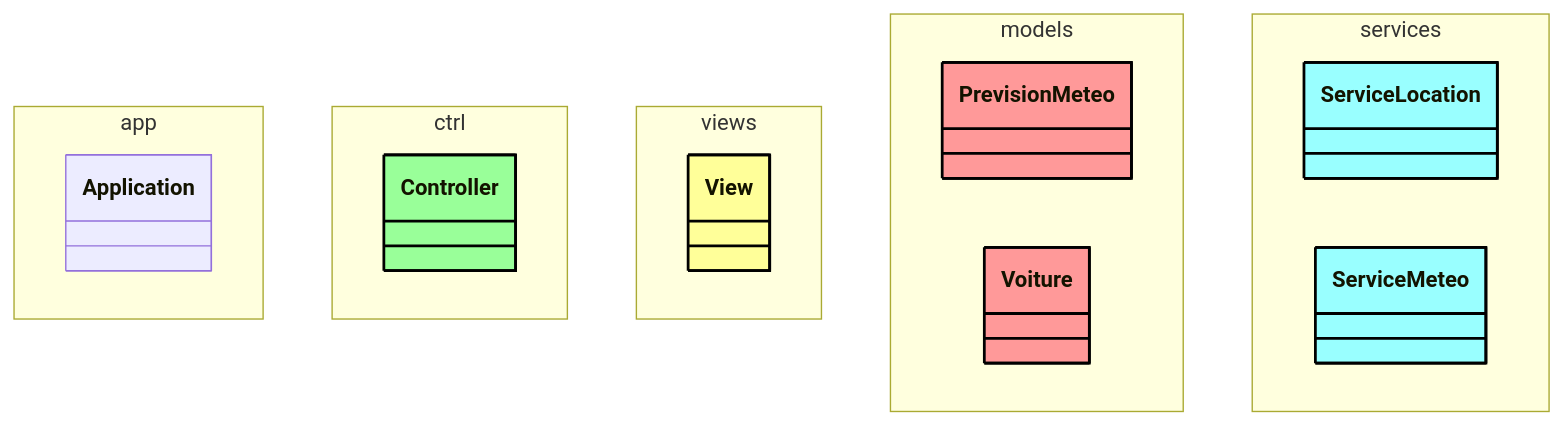
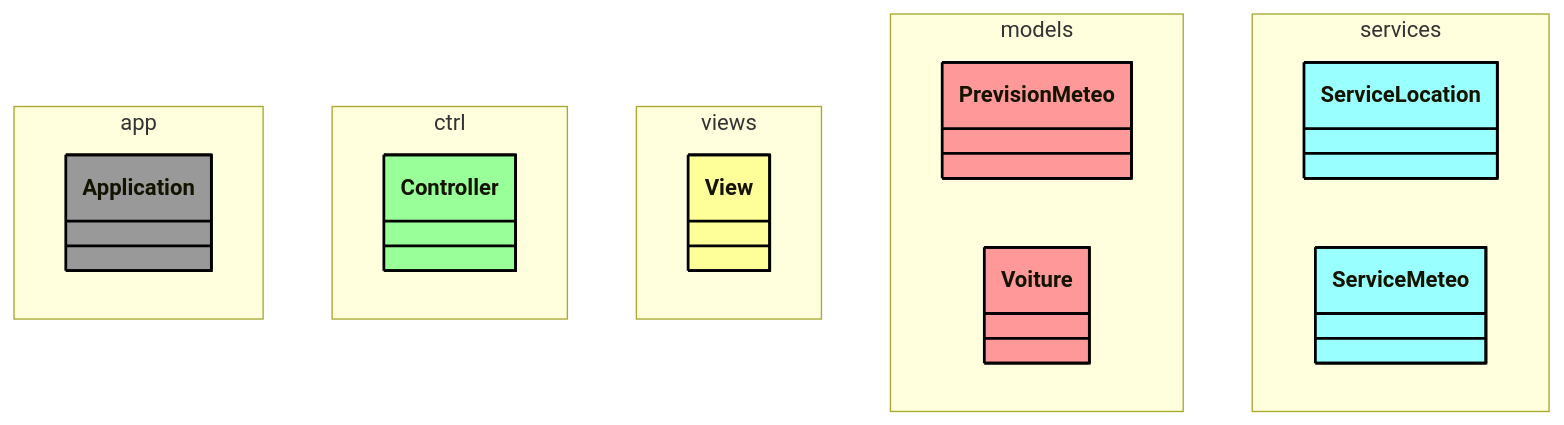
The first of 2 diagrams in README.md (emf-info/MVC_FXML_D400_JDK17LTS), drawn with Mermaid before and after one commit. The commit also changed other lines of this file, not shown here.

Commit message:
Update styles in README for application components

````diff
--- a/README.md
+++ b/README.md
@@ -43,26 +43,27 @@
 ```mermaid
 classDiagram
 namespace app {
     class Application
 }
 namespace ctrl {
     class Controller
 }
 namespace views {
     class View
 }
 namespace models {
     class PrevisionMeteo
     class Voiture
 }
 namespace services {
     class ServiceLocation
     class ServiceMeteo
 }
+style Application fill:#999,stroke:#000,stroke-width:2px
 style View fill:#ff9,stroke:#000,stroke-width:2px
 style Controller fill:#9f9,stroke:#000,stroke-width:2px
 style ServiceMeteo fill:#9ff,stroke:#000,stroke-width:2px
 style ServiceLocation fill:#9ff,stroke:#000,stroke-width:2px
 style Voiture fill:#f99,stroke:#000,stroke-width:2px
 style PrevisionMeteo fill:#f99,stroke:#000,stroke-width:2px
 ```
````
